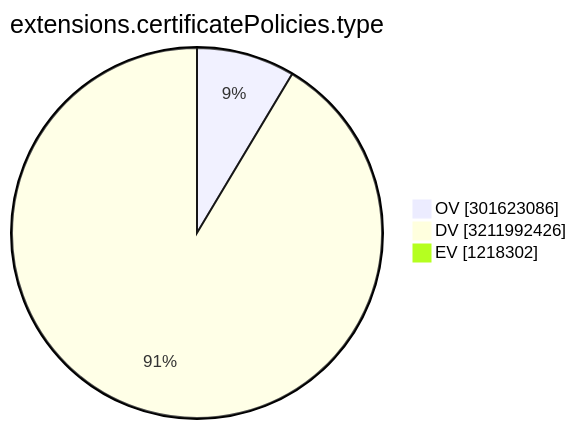
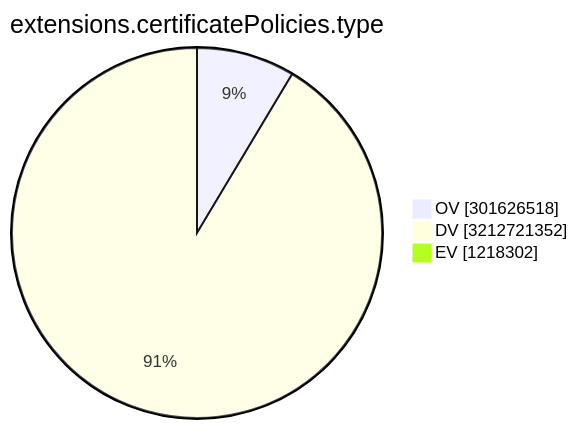
Before and after one commit to christiankrug/ctmonitor_visualization: the ninth of 15 diagrams in TOTAL/README.md, drawn with Mermaid. The commit also changed other lines of this file, not shown here.

````diff
--- a/TOTAL/README.md
+++ b/TOTAL/README.md
@@ -3106,7 +3106,7 @@
 ```mermaid
 pie showData
 title extensions.certificatePolicies.type
-"OV" :301623086
-"DV" :3211992426
+"OV" :301626518
+"DV" :3212721352
 "EV" :1218302
 ```
````
